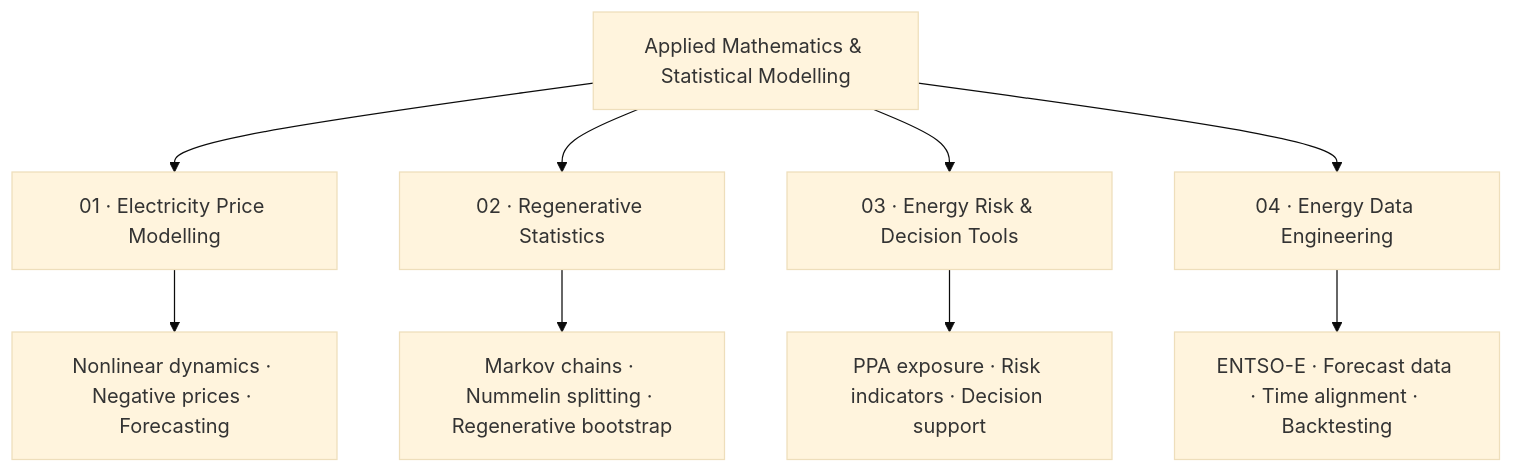
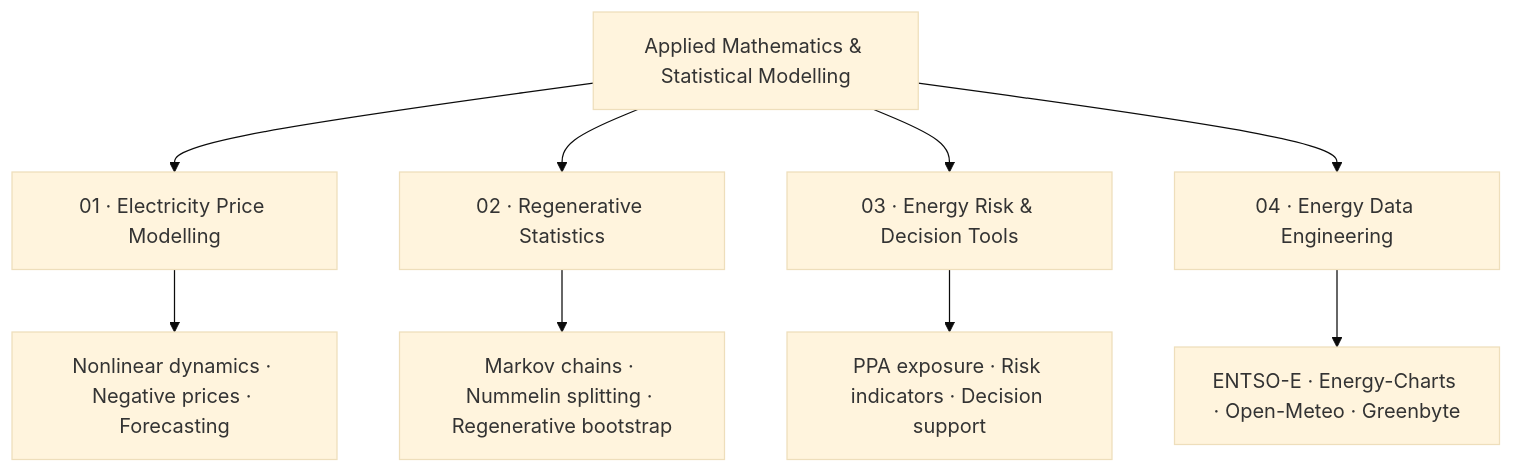
The diagram in README.md (Anoune1946/Anoune1946), drawn with Mermaid (base theme) before and after one commit. The commit also changed other lines of this file, not shown here.

Commit message:
Expand portfolio with scientific events, organisation and energy data stack

````diff
--- a/README.md
+++ b/README.md
@@ -26,12 +26,12 @@
 ```mermaid
 flowchart TD
     A["Applied Mathematics & Statistical Modelling"]
     A --> B["01 · Electricity Price Modelling"]
     A --> C["02 · Regenerative Statistics"]
     A --> D["03 · Energy Risk & Decision Tools"]
     A --> E["04 · Energy Data Engineering"]
     B --> F["Nonlinear dynamics · Negative prices · Forecasting"]
     C --> G["Markov chains · Nummelin splitting · Regenerative bootstrap"]
     D --> H["PPA exposure · Risk indicators · Decision support"]
-    E --> I["ENTSO-E · Forecast data · Time alignment · Backtesting"]
+    E --> I["ENTSO-E · Energy-Charts · Open-Meteo · Greenbyte"]
 ```
````
